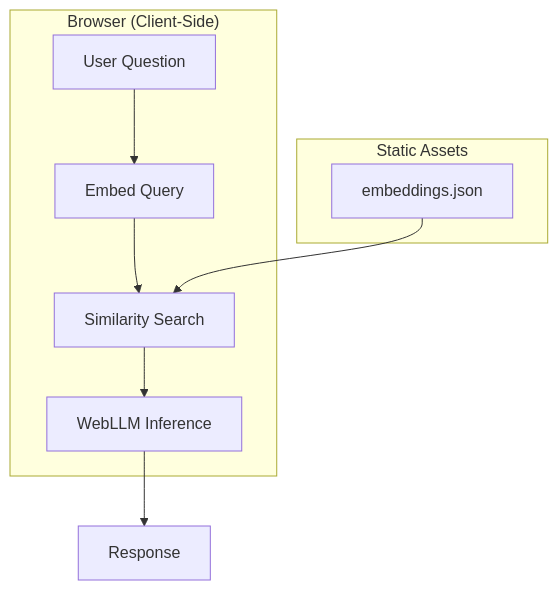
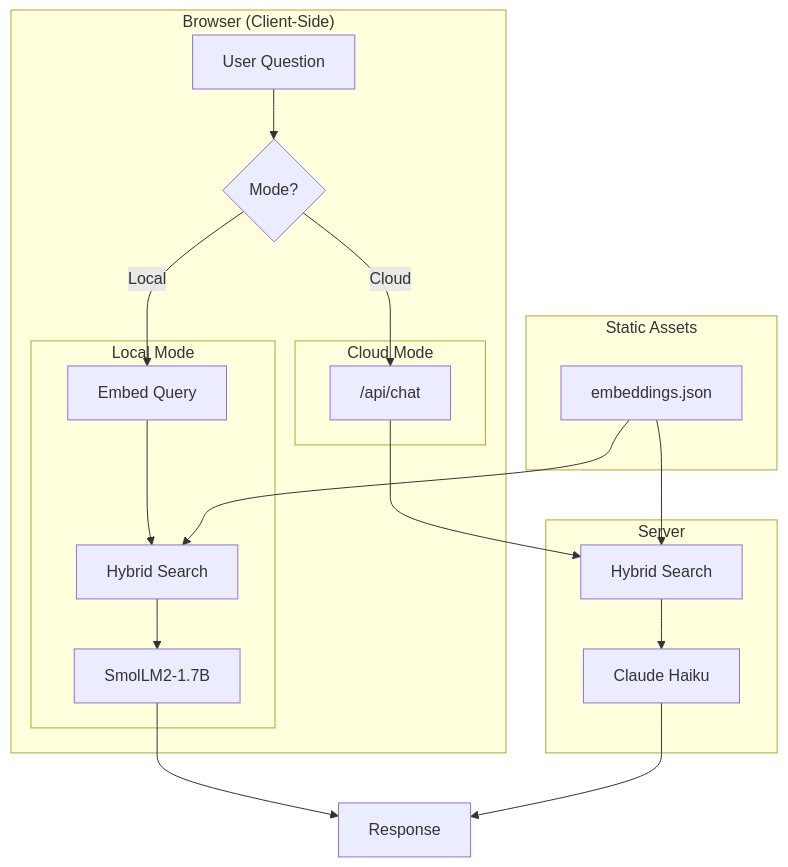
Before and after one commit to Technical-1/All-About-Me: the diagram in src/content/blog/building-ai-portfolio-assistant.md, drawn with Mermaid. The commit also changed other lines of this file, not shown here.

````diff
--- a/src/content/blog/building-ai-portfolio-assistant.md
+++ b/src/content/blog/building-ai-portfolio-assistant.md
@@ -156,19 +195,38 @@
 ```mermaid
 flowchart TB
     subgraph Browser["Browser (Client-Side)"]
         Q[User Question]
-        E[Embed Query]
-        S[Similarity Search]
-        LLM[WebLLM Inference]
+        Toggle{Mode?}
+
+        subgraph Local["Local Mode"]
+            E1[Embed Query]
+            S1[Hybrid Search]
+            LLM1[SmolLM2-1.7B]
+        end
+
+        subgraph Cloud["Cloud Mode"]
+            API["/api/chat"]
+        end
+    end
+
+    subgraph Server["Server"]
+        S2[Hybrid Search]
+        LLM2[Claude Haiku]
     end
 
     subgraph Static["Static Assets"]
         EMB[embeddings.json]
     end
 
-    Q --> E
-    E --> S
-    EMB --> S
-    S --> LLM
-    LLM --> Response
+    Q --> Toggle
+    Toggle -->|Local| E1
+    Toggle -->|Cloud| API
+    E1 --> S1
+    EMB --> S1
+    EMB --> S2
+    S1 --> LLM1
+    API --> S2
+    S2 --> LLM2
+    LLM1 --> Response
+    LLM2 --> Response
 ```
````
